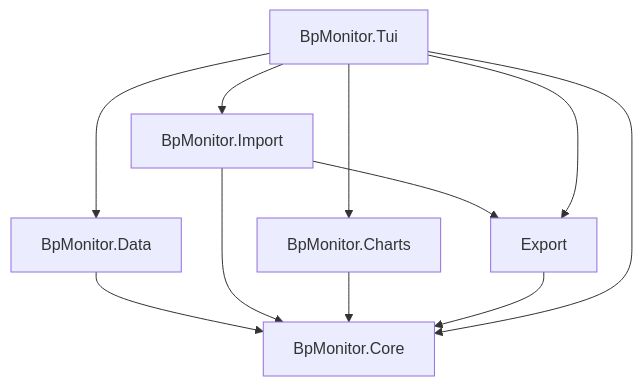
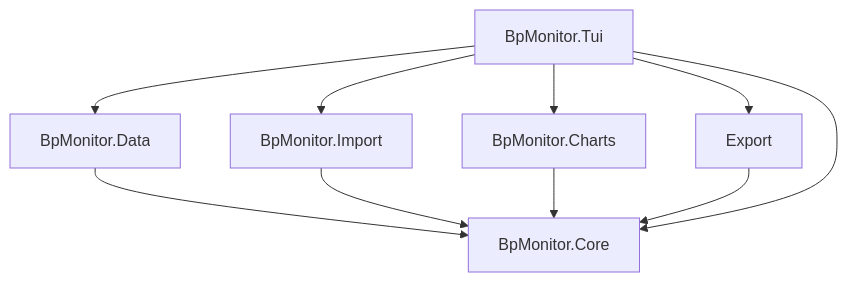
Before and after one commit to draptik/BpMonitor: the diagram in docs/architecture.md, drawn with Mermaid. The commit also changed other lines of this file and 8 other files, not shown here.

````diff
--- a/docs/architecture.md
+++ b/docs/architecture.md
@@ -67,19 +67,18 @@
 ```mermaid
 graph TD
     Core[BpMonitor.Core]
     Data[BpMonitor.Data]
     Import[BpMonitor.Import]
     Charts[BpMonitor.Charts]
     Tui[BpMonitor.Tui]
 
     Data --> Core
     Import --> Core
-    Import --> Export
     Charts --> Core
     Export --> Core
     Tui --> Core
     Tui --> Data
     Tui --> Import
     Tui --> Charts
     Tui --> Export
 ```
````
